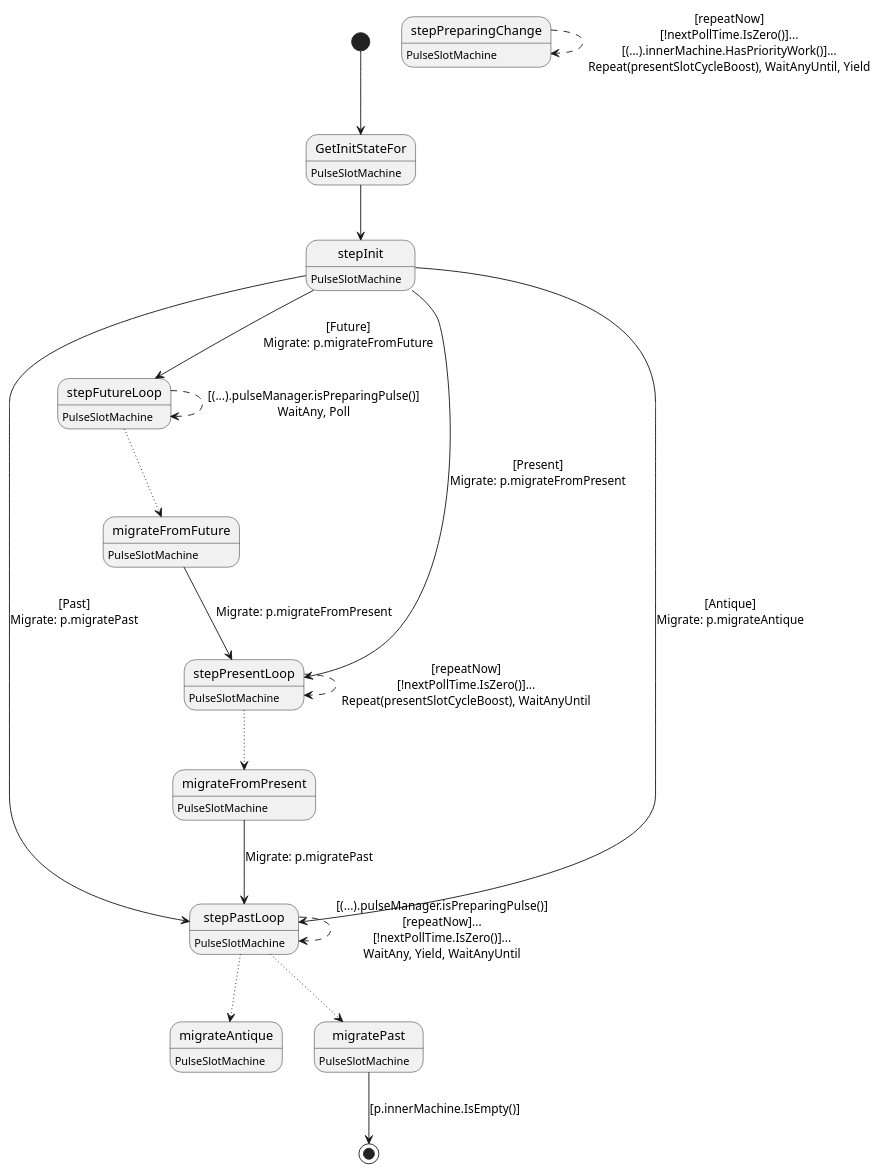
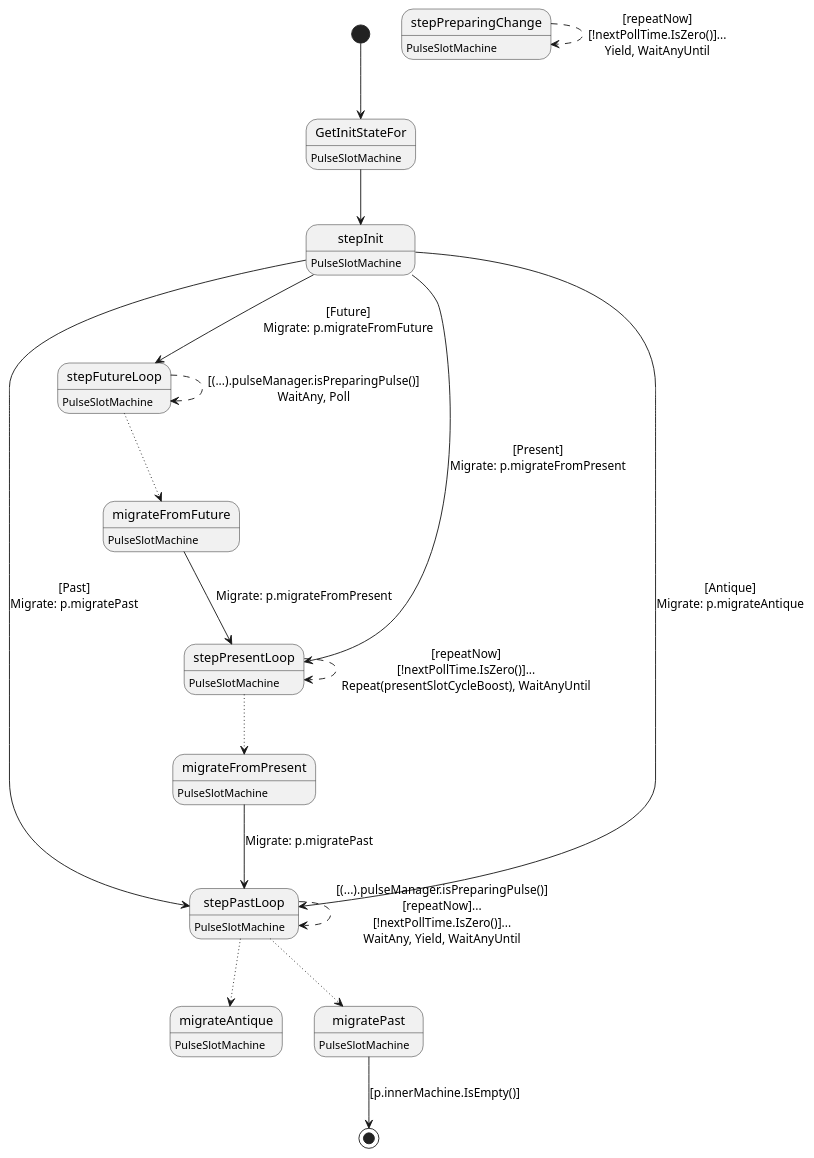
The diagram in ledger-core/conveyor/sm_pulse_slot.plantuml (insolar/assured-ledger), drawn with PlantUML before and after one commit. The commit also changed 1 other file, not shown here.

```diff
--- a/ledger-core/conveyor/sm_pulse_slot.plantuml
+++ b/ledger-core/conveyor/sm_pulse_slot.plantuml
@@ -1,39 +1,39 @@
 @startuml
 state "GetInitStateFor" as T00_S001
 T00_S001 : PulseSlotMachine
 [*] --> T00_S001
 T00_S001 --> T00_S002
 state "migrateAntique" as T00_S010
 T00_S010 : PulseSlotMachine
 state "migrateFromFuture" as T00_S004
 T00_S004 : PulseSlotMachine
 T00_S004 --> T00_S005 : Migrate: p.migrateFromPresent
 state "migrateFromPresent" as T00_S007
 T00_S007 : PulseSlotMachine
 T00_S007 --> T00_S008 : Migrate: p.migratePast
 state "migratePast" as T00_S009
 T00_S009 : PulseSlotMachine
 T00_S009 --> [*] : [p.innerMachine.IsEmpty()]
 state "stepFutureLoop" as T00_S003
 T00_S003 : PulseSlotMachine
 T00_S003 --[dotted]> T00_S004
 T00_S003 --[dashed]> T00_S003 : [(...).pulseManager.isPreparingPulse()]\nWaitAny, Poll
 state "stepInit" as T00_S002
 T00_S002 : PulseSlotMachine
 T00_S002 --> T00_S003 : [Future]\nMigrate: p.migrateFromFuture
 T00_S002 --> T00_S005 : [Present]\nMigrate: p.migrateFromPresent
 T00_S002 --> T00_S008 : [Past]\nMigrate: p.migratePast
 T00_S002 --> T00_S008 : [Antique]\nMigrate: p.migrateAntique
 state "stepPastLoop" as T00_S008
 T00_S008 : PulseSlotMachine
 T00_S008 --[dotted]> T00_S010
 T00_S008 --[dotted]> T00_S009
 T00_S008 --[dashed]> T00_S008 : [(...).pulseManager.isPreparingPulse()]\n[repeatNow]...\n[!nextPollTime.IsZero()]...\nWaitAny, Yield, WaitAnyUntil
 state "stepPreparingChange" as T00_S006
 T00_S006 : PulseSlotMachine
-T00_S006 --[dashed]> T00_S006 : [repeatNow]\n[!nextPollTime.IsZero()]...\n[(...).innerMachine.HasPriorityWork()]...\nRepeat(presentSlotCycleBoost), WaitAnyUntil, Yield
+T00_S006 --[dashed]> T00_S006 : [repeatNow]\n[!nextPollTime.IsZero()]...\nYield, WaitAnyUntil
 state "stepPresentLoop" as T00_S005
 T00_S005 : PulseSlotMachine
 T00_S005 --[dotted]> T00_S007
 T00_S005 --[dashed]> T00_S005 : [repeatNow]\n[!nextPollTime.IsZero()]...\nRepeat(presentSlotCycleBoost), WaitAnyUntil
 @enduml
```
